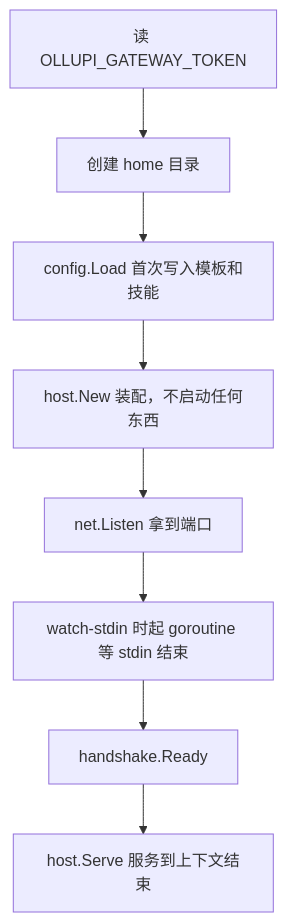
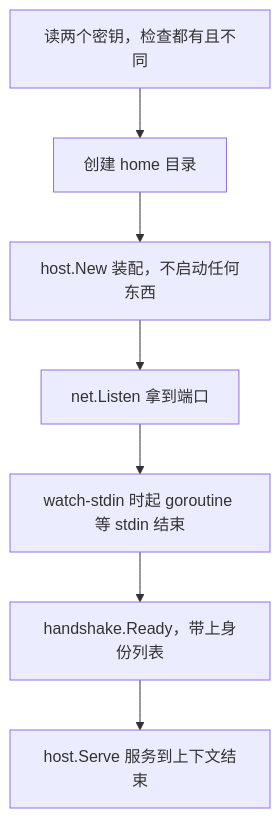
Before and after one commit to 0xfakeSpike/ollupi-docs: the diagram in docs/zh/desktop/sidecar.md, drawn with Mermaid. The commit also changed other lines of this file and 3 other files, not shown here.

Commit message:
App and desktop: troubleshooting, main process, sidecar and architecture without config.yaml

````diff
--- a/docs/zh/desktop/sidecar.md
+++ b/docs/zh/desktop/sidecar.md
@@ -55,10 +59,9 @@
 ```mermaid
 flowchart TD
-  A["读 OLLUPI_GATEWAY_TOKEN"] --> B["创建 home 目录"]
-  B --> C["config.Load 首次写入模板和技能"]
-  C --> D["host.New 装配，不启动任何东西"]
-  D --> E["net.Listen 拿到端口"]
-  E --> F["watch-stdin 时起 goroutine 等 stdin 结束"]
-  F --> G["handshake.Ready"]
-  G --> H["host.Serve 服务到上下文结束"]
+  A["读两个密钥，检查都有且不同"] --> B["创建 home 目录"]
+  B --> C["host.New 装配，不启动任何东西"]
+  C --> D["net.Listen 拿到端口"]
+  D --> E["watch-stdin 时起 goroutine 等 stdin 结束"]
+  E --> F["handshake.Ready，带上身份列表"]
+  F --> G["host.Serve 服务到上下文结束"]
 ```
````
